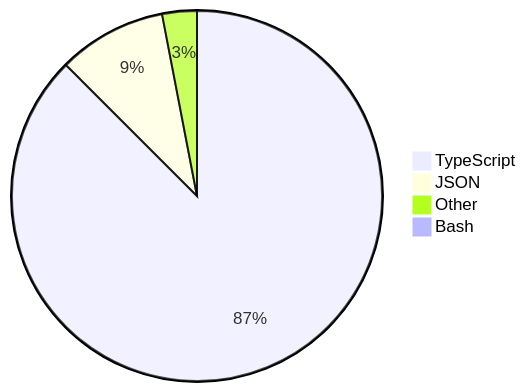
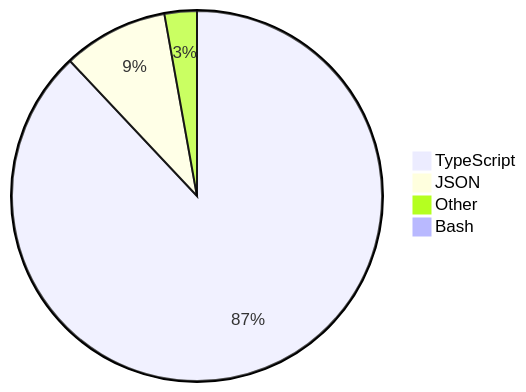
The diagram in README.md (skvggor/skvggor), drawn with Mermaid before and after one commit.

Commit message:
Updated waka-readme graph with new metrics

````diff
--- a/README.md
+++ b/README.md
@@ -28,7 +28,7 @@
 ```mermaid
 pie
-    "TypeScript" : 86.8
-    "JSON" : 9.4
-    "Other" : 3.0
+    "TypeScript" : 87.2
+    "JSON" : 9.1
+    "Other" : 2.8
     "Bash" : 0.8
 ```
````
